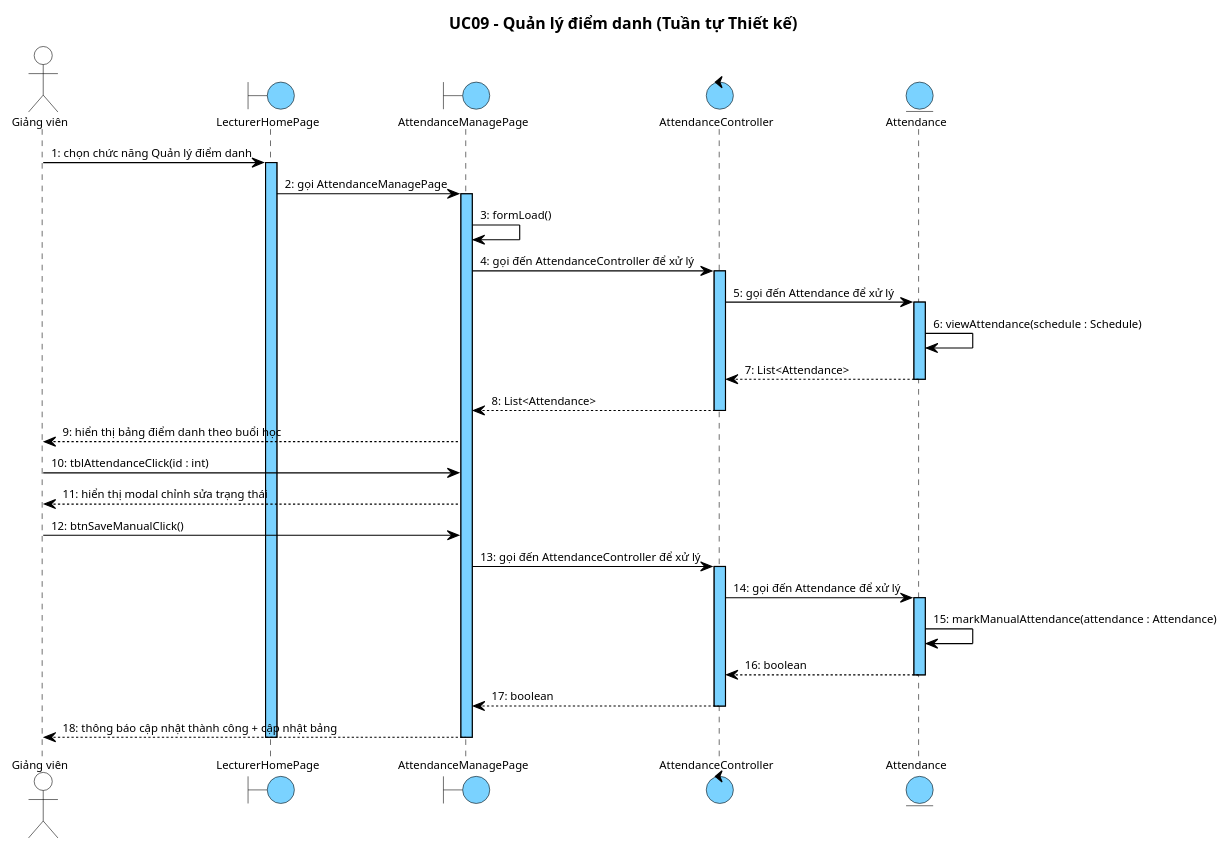
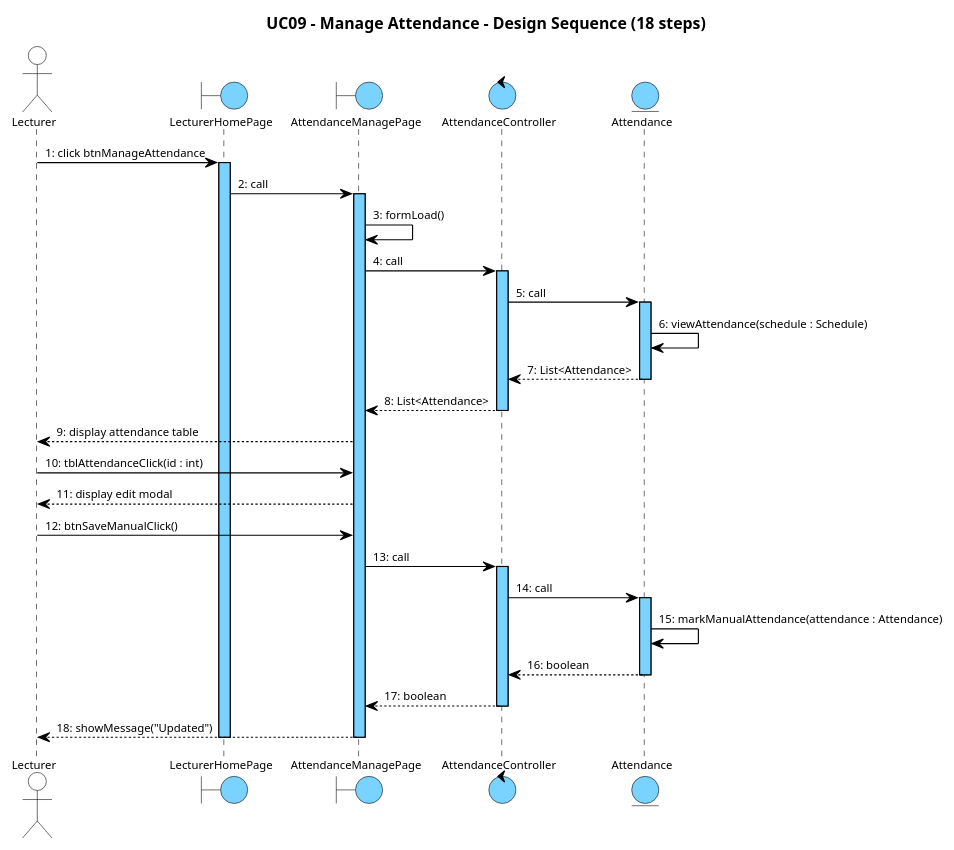
Before and after one commit to thanhtrnnn/universe: diagram 18 of 20 in report/md/module3_attendance_grades.md, drawn with PlantUML. The commit also changed other lines of this file and 27 other files, not shown here.

First line of the commit message:
feat(module3): rewrite II.4+III.4 seq diagrams per updated cnpm skill; sync skill from remote

```diff
--- a/report/md/module3_attendance_grades.md
+++ b/report/md/module3_attendance_grades.md
@@ -1457,50 +1609,78 @@
   FontName "Arial"
   FontSize 10
   FontColor #000000
-  boundary { BackgroundColor #7AD2FF; LineColor #000000 }
-  control { BackgroundColor #7AD2FF; LineColor #000000 }
-  entity { BackgroundColor #7AD2FF; LineColor #000000 }
-  actor { BackgroundColor transparent; LineColor #000000 }
-  lifeline { LineColor #000000; LineStyle 5-5 }
-  arrow { LineColor #000000; LineThickness 1; FontSize 10 }
+
+  participant {
+    BackgroundColor #7AD2FF
+    LineColor #000000
+    LineThickness 1
+  }
+
+  actor {
+    BackgroundColor transparent
+    LineColor #000000
+  }
+  boundary {
+    BackgroundColor #7AD2FF
+    LineColor #000000
+  }
+  control {
+    BackgroundColor #7AD2FF
+    LineColor #000000
+  }
+  entity {
+    BackgroundColor #7AD2FF
+    LineColor #000000
+  }
+
+  lifeline {
+    LineColor #000000
+    LineStyle 5-5
+  }
+
+  arrow {
+    LineColor #000000
+    LineThickness 1
+    FontSize 10
+  }
 }
 </style>
-title UC09 – Quản lý điểm danh (Tuần tự Thiết kế)
+title UC09 – Manage Attendance – Design Sequence (18 steps)
 
-actor "Giảng viên" as GV
+actor "Lecturer" as Actor
 boundary LecturerHomePage
 boundary AttendanceManagePage
 control AttendanceController
 entity Attendance
 
-GV -> LecturerHomePage : 1: chọn chức năng Quản lý điểm danh
+Actor -> LecturerHomePage : 1: click btnManageAttendance
 activate LecturerHomePage
-LecturerHomePage -> AttendanceManagePage : 2: gọi AttendanceManagePage
+LecturerHomePage -> AttendanceManagePage : 2: call
 activate AttendanceManagePage
 AttendanceManagePage -> AttendanceManagePage : 3: formLoad()
-AttendanceManagePage -> AttendanceController : 4: gọi đến AttendanceController để xử lý
+AttendanceManagePage -> AttendanceController : 4: call
 activate AttendanceController
-AttendanceController -> Attendance : 5: gọi đến Attendance để xử lý
+AttendanceController -> Attendance : 5: call
 activate Attendance
 Attendance -> Attendance : 6: viewAttendance(schedule : Schedule)
 Attendance --> AttendanceController : 7: List<Attendance>
 deactivate Attendance
 AttendanceController --> AttendanceManagePage : 8: List<Attendance>
 deactivate AttendanceController
-AttendanceManagePage --> GV : 9: hiển thị bảng điểm danh theo buổi học
-GV -> AttendanceManagePage : 10: tblAttendanceClick(id : int)
-AttendanceManagePage --> GV : 11: hiển thị modal chỉnh sửa trạng thái
-GV -> AttendanceManagePage : 12: btnSaveManualClick()
-AttendanceManagePage -> AttendanceController : 13: gọi đến AttendanceController để xử lý
+AttendanceManagePage --> Actor : 9: display attendance table
+Actor -> AttendanceManagePage : 10: tblAttendanceClick(id : int)
+AttendanceManagePage --> Actor : 11: display edit modal
+Actor -> AttendanceManagePage : 12: btnSaveManualClick()
+AttendanceManagePage -> AttendanceController : 13: call
 activate AttendanceController
-AttendanceController -> Attendance : 14: gọi đến Attendance để xử lý
+AttendanceController -> Attendance : 14: call
 activate Attendance
 Attendance -> Attendance : 15: markManualAttendance(attendance : Attendance)
 Attendance --> AttendanceController : 16: boolean
 deactivate Attendance
 AttendanceController --> AttendanceManagePage : 17: boolean
 deactivate AttendanceController
-AttendanceManagePage --> GV : 18: thông báo cập nhật thành công + cập nhật bảng
+AttendanceManagePage --> Actor : 18: showMessage("Updated")
 deactivate AttendanceManagePage
 deactivate LecturerHomePage
 @enduml
```
